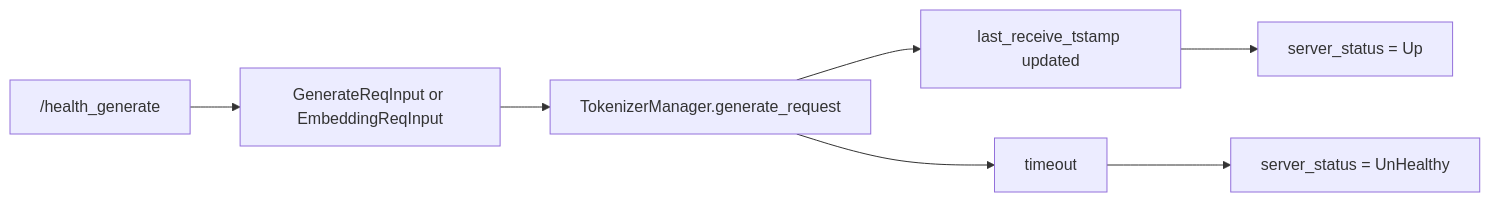
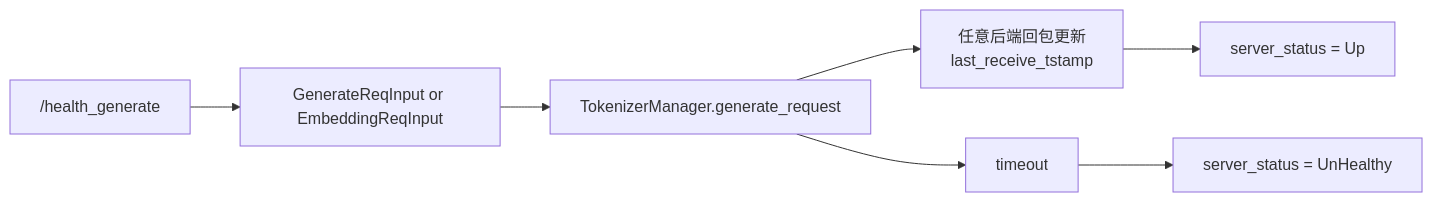
The fourth of 4 diagrams in sglang_reading/启动与入口/HTTP-Server/SGLang-HTTP-Server-数据流.md (OnlyHero5/sglang-reading-vault), drawn with Mermaid before and after one commit. The commit also changed other lines of this file and 512 other files, not shown here.

````diff
--- a/sglang_reading/启动与入口/HTTP-Server/SGLang-HTTP-Server-数据流.md
+++ b/sglang_reading/启动与入口/HTTP-Server/SGLang-HTTP-Server-数据流.md
@@ -289,9 +289,9 @@
 ```mermaid
 flowchart LR
  A["/health_generate"] --> B["GenerateReqInput or EmbeddingReqInput"]
  B --> C["TokenizerManager.generate_request"]
- C --> D["last_receive_tstamp updated"]
+ C --> D["任意后端回包更新<br/>last_receive_tstamp"]
  D --> E["server_status = Up"]
  C --> F["timeout"]
  F --> G["server_status = UnHealthy"]
 ```
````
